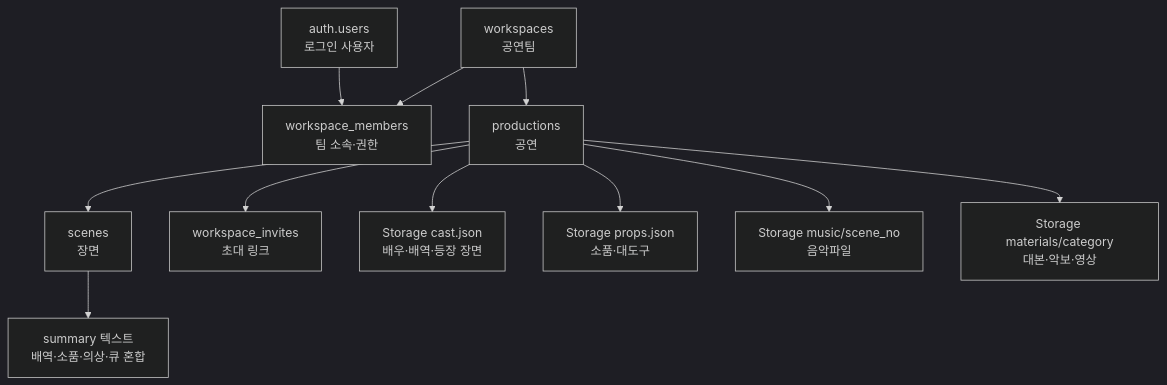
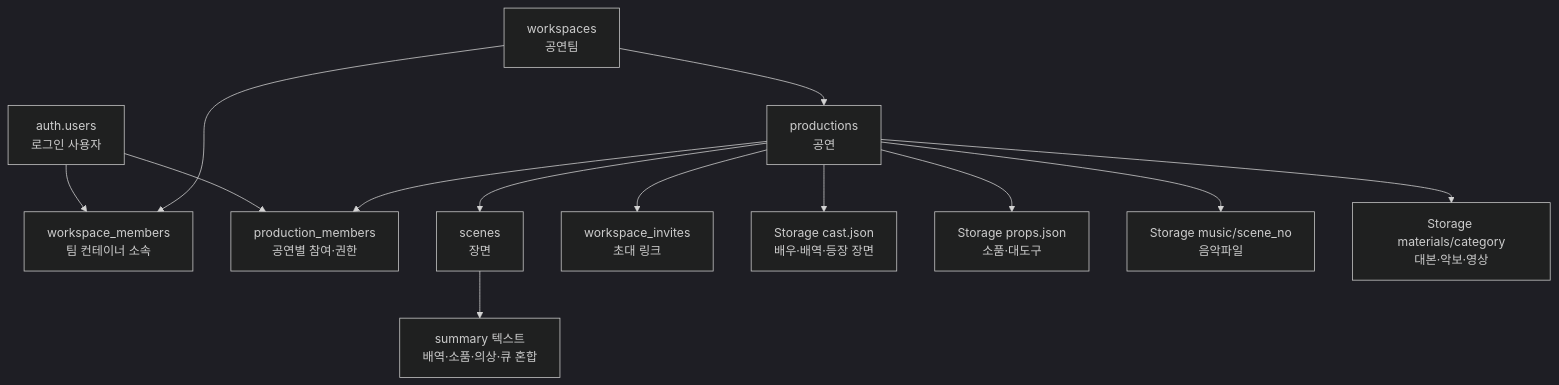
One commit to eye215/StageFlow changed the first of 2 diagrams in docs/DATABASE_STRUCTURE.md. Above: the diagram before and after it, drawn with Mermaid (dark theme). The commit also changed other lines of this file and 3 other files, not shown here.

````diff
--- a/docs/DATABASE_STRUCTURE.md
+++ b/docs/DATABASE_STRUCTURE.md
@@ -21,13 +22,15 @@
 ```mermaid
 flowchart TD
-  U["auth.users<br/>로그인 사용자"] --> WM["workspace_members<br/>팀 소속·권한"]
+  U["auth.users<br/>로그인 사용자"] --> WM["workspace_members<br/>팀 컨테이너 소속"]
   W["workspaces<br/>공연팀"] --> WM
   W --> P["productions<br/>공연"]
+  U --> PM["production_members<br/>공연별 참여·권한"]
+  P --> PM
   P --> S["scenes<br/>장면"]
   P --> I["workspace_invites<br/>초대 링크"]
   P --> C["Storage cast.json<br/>배우·배역·등장 장면"]
   P --> PR["Storage props.json<br/>소품·대도구"]
   P --> M["Storage music/scene_no<br/>음악파일"]
   P --> F["Storage materials/category<br/>대본·악보·영상"]
   S --> SM["summary 텍스트<br/>배역·소품·의상·큐 혼합"]
 ```
````
